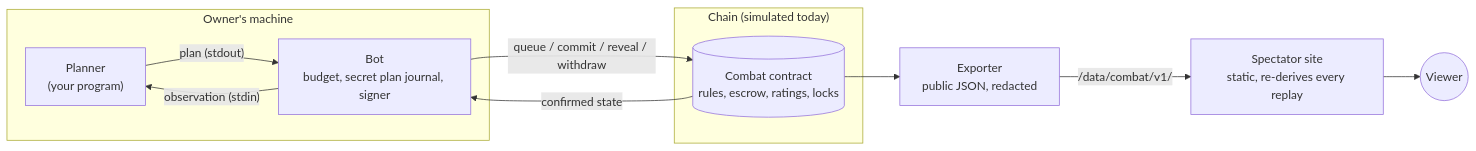
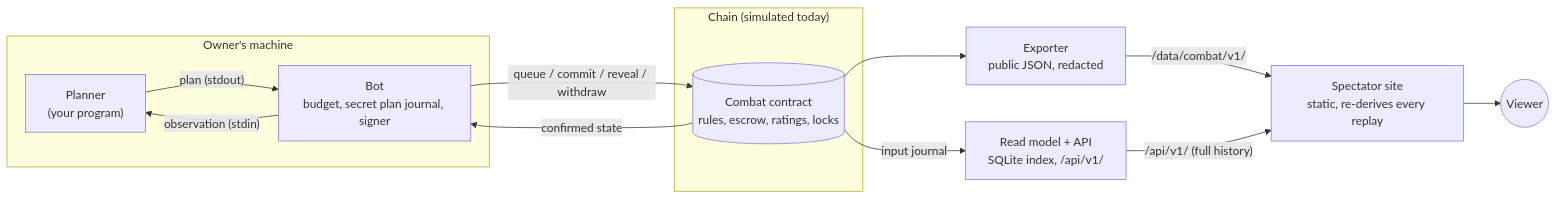
The first of 2 diagrams in docs/architecture.md (jonsggi/qdojo), drawn with Mermaid before and after one commit. The commit also changed other lines of this file and 11 other files, not shown here.

First line of the commit message:
site, nginx, units, docs: full history from the read API; outside builders

````diff
--- a/docs/architecture.md
+++ b/docs/architecture.md
@@ -18,17 +18,19 @@
 ```mermaid
 flowchart LR
   subgraph owner["Owner's machine"]
     planner["Planner<br/>(your program)"]
     bot["Bot<br/>budget, secret plan journal, signer"]
     planner -- "plan (stdout)" --> bot
     bot -- "observation (stdin)" --> planner
   end
   subgraph chain["Chain (simulated today)"]
     contract[("Combat contract<br/>rules, escrow, ratings, locks")]
   end
   bot -- "queue / commit / reveal / withdraw" --> contract
   contract -- "confirmed state" --> bot
   contract --> exporter["Exporter<br/>public JSON, redacted"]
   exporter -- "/data/combat/v1/" --> site["Spectator site<br/>static, re-derives every replay"]
+  contract -- "input journal" --> readmodel["Read model + API<br/>SQLite index, /api/v1/"]
+  readmodel -- "/api/v1/ (full history)" --> site
   site --> viewer(("Viewer"))
 ```
````
